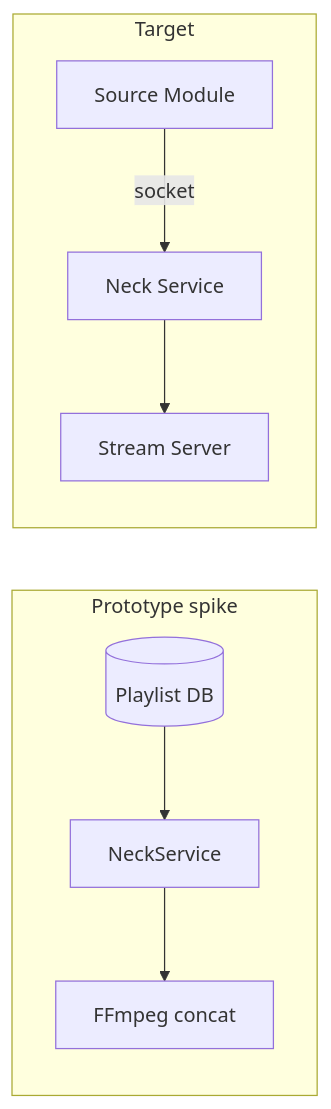
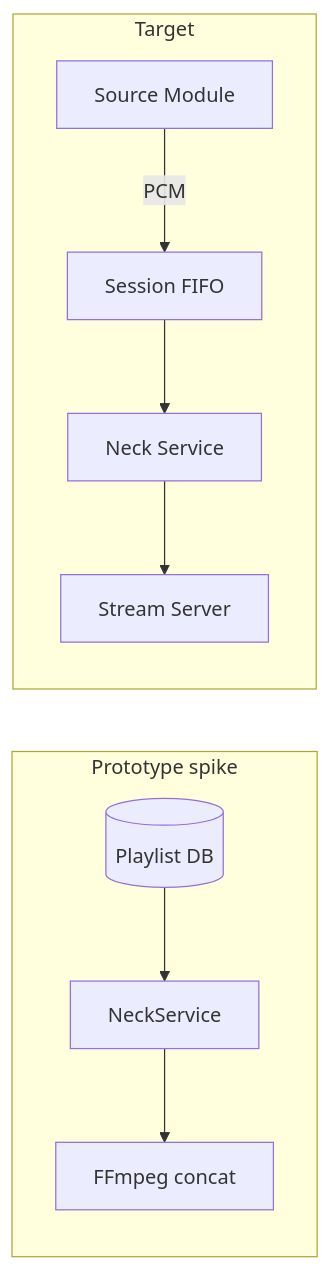
The diagram in docs/architecture/spike/prototype-neck-ffmpeg.md (Bardie-radio/bardie-kithara), drawn with Mermaid before and after one commit. The commit also changed other lines of this file and 37 other files, not shown here.

Commit message:
Refactor architecture documentation to clarify audio processing and module interactions.

````diff
--- a/docs/architecture/spike/prototype-neck-ffmpeg.md
+++ b/docs/architecture/spike/prototype-neck-ffmpeg.md
@@ -3,15 +3,16 @@
 ```mermaid
 flowchart LR
   subgraph spike [Prototype spike]
     DB[(Playlist DB)]
     Neck[NeckService]
     FF[FFmpeg concat]
     DB --> Neck --> FF
   end
   subgraph target [Target]
     Mod[Source Module]
+    FIFO[Session FIFO]
     Neck2[Neck Service]
     SS[Stream Server]
-    Mod -->|socket| Neck2 --> SS
+    Mod -->|PCM| FIFO --> Neck2 --> SS
   end
 ```
````
